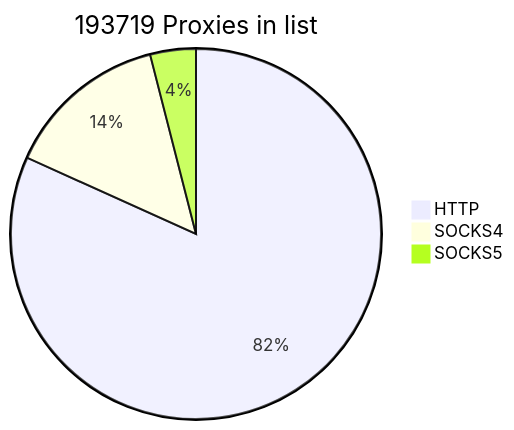
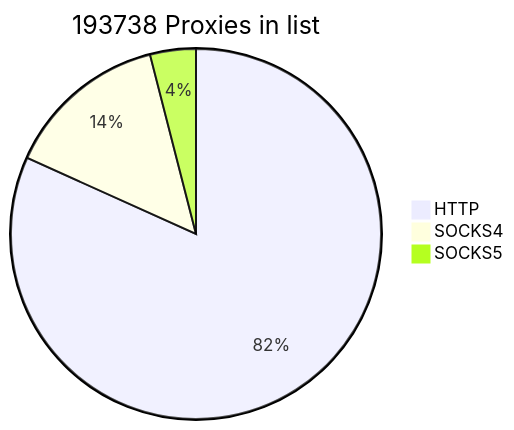
One commit to cutipu/proxylist changed the first of 2 diagrams in README.md. Above: the diagram before and after it, drawn with Mermaid. The commit also changed other lines of this file, not shown here.

````diff
--- a/README.md
+++ b/README.md
@@ -2,7 +2,7 @@
 ```mermaid
-pie title 193719 Proxies in list
-    "HTTP" : 158370
-    "SOCKS4" : 27626
-    "SOCKS5" : 7723
+pie title 193738 Proxies in list
+    "HTTP" : 158369
+    "SOCKS4" : 27625
+    "SOCKS5" : 7744
             
 ```
````
